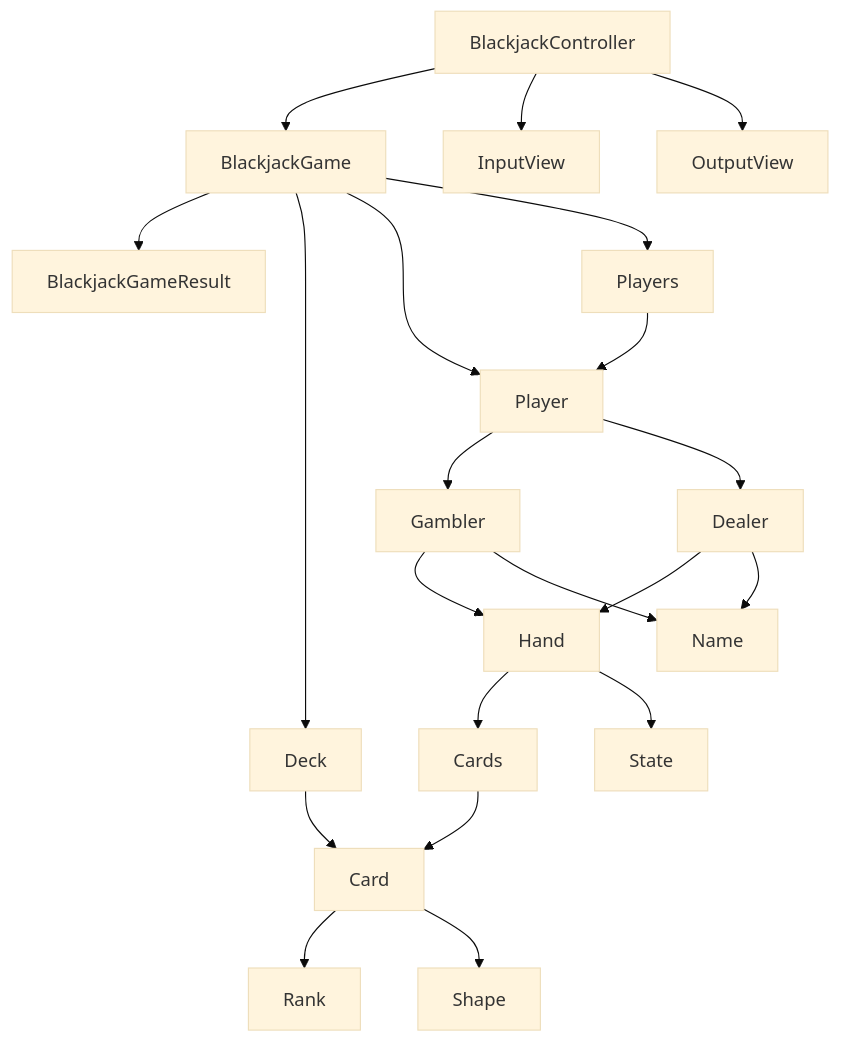
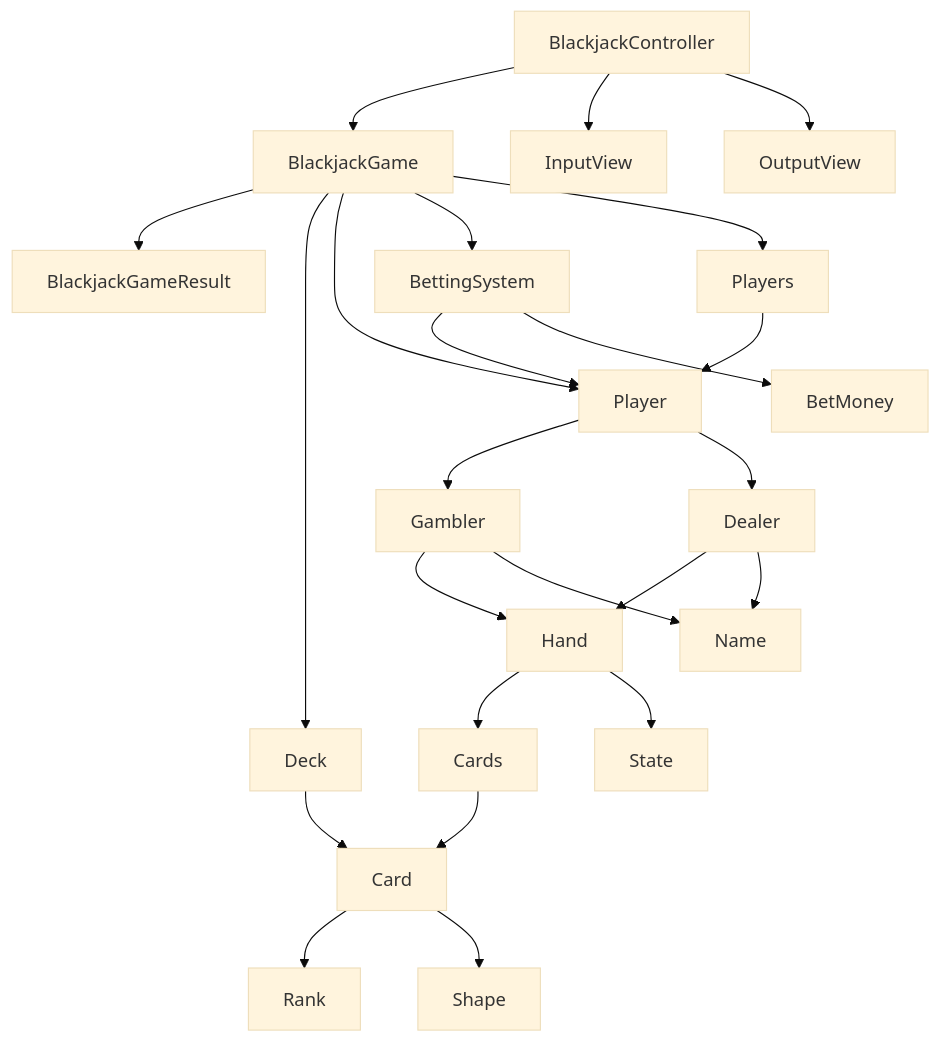
Before and after one commit to woowacourse/java-blackjack: the diagram in README.md, drawn with Mermaid (base theme). The commit also changed other lines of this file, not shown here.

````diff
--- a/README.md
+++ b/README.md
@@ -11,29 +11,34 @@
 ```mermaid
 flowchart
     Card --> Rank
     Card --> Shape
 
     Cards --> Card
 
     Deck --> Card
 
     BlackjackGame --> BlackjackGameResult
     BlackjackGame --> Deck
     BlackjackGame --> Player
+    BlackjackGame --> BettingSystem
+
+
+    BettingSystem --> Player
+    BettingSystem --> BetMoney
 
     BlackjackController --> BlackjackGame
     BlackjackController --> InputView
     BlackjackController --> OutputView
 
     Players --> Player
     Player --> Gambler --> Hand
     Player --> Dealer --> Hand
 
     Hand --> Cards
     Hand --> State
 
     Gambler --> Name
     Dealer --> Name
 
     BlackjackGame --> Players
 ```
````
